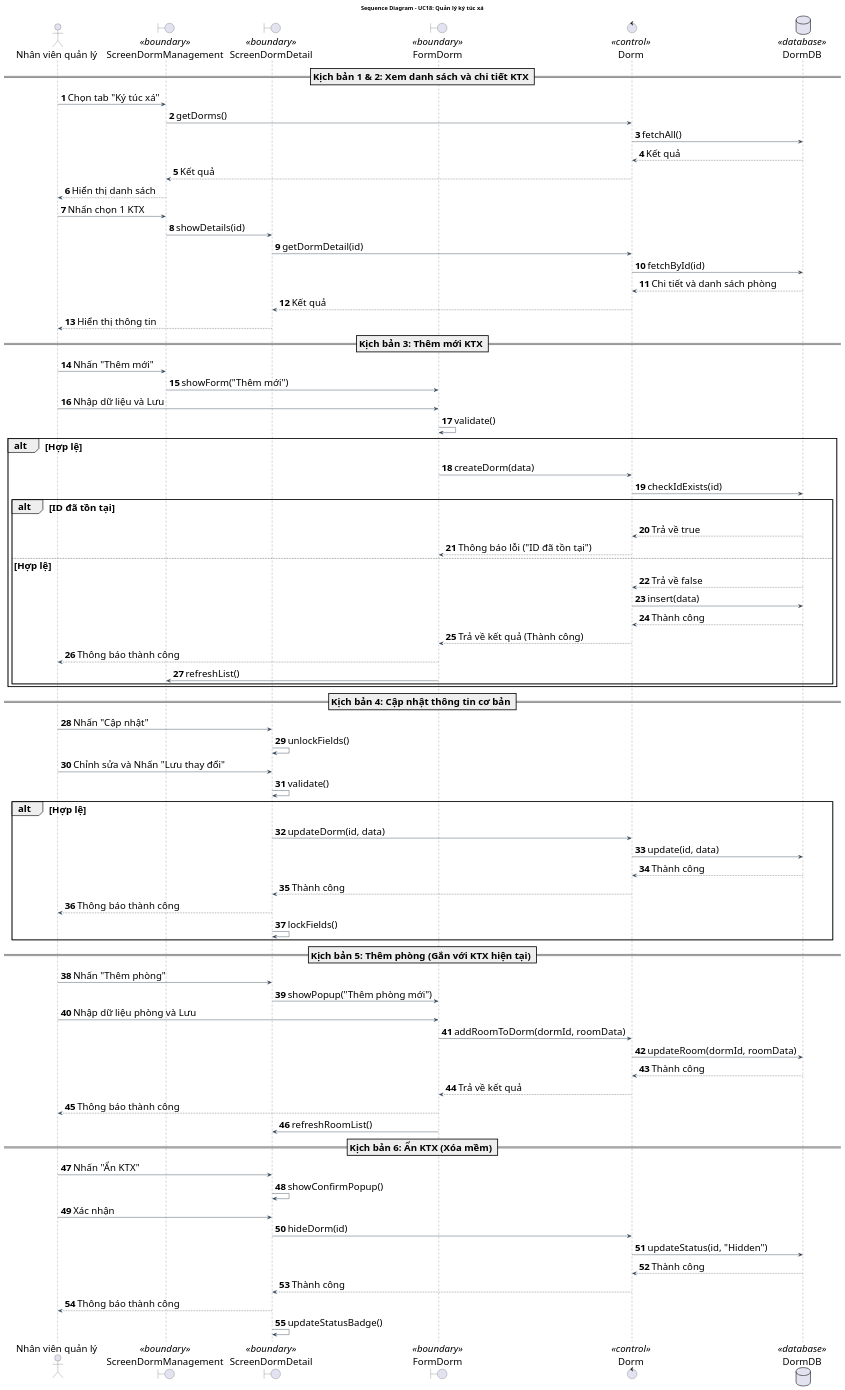
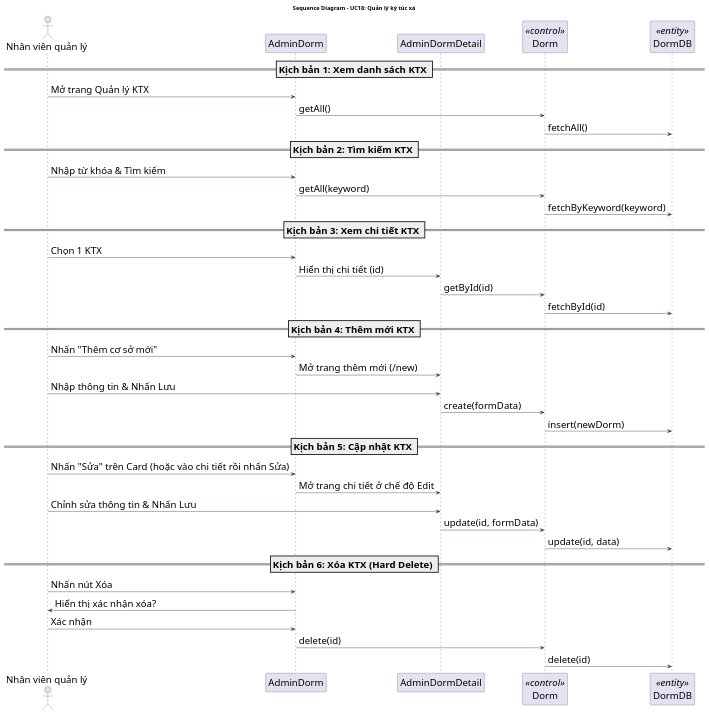
One commit to Gnourt812005/HCMUS-Analyze-and-desgin-IS changed the diagram in doc/system/quan_ly_ky_tuc_xa/QuanLyKyTucXa_SequenceDiagram.wsd. Above: the diagram before and after it, drawn with PlantUML. The commit also changed 11 other files, not shown here.

Commit message:
truong/code: dorm management in admin site

```diff
--- a/doc/system/quan_ly_ky_tuc_xa/QuanLyKyTucXa_SequenceDiagram.wsd
+++ b/doc/system/quan_ly_ky_tuc_xa/QuanLyKyTucXa_SequenceDiagram.wsd
@@ -1,100 +1,57 @@
 @startuml QuanLyKyTucXa_SequenceDiagram
 title Sequence Diagram - UC18: Quản lý ký túc xá
 
 ' --- STYLE CONFIGURATION ---
 skinparam {
     BackgroundColor White
     ArrowColor #2D3E50
     DefaultFontName "Arial"
     DefaultFontSize 24
     ParticipantPadding 20
     BoxPadding 10
 }
 
 actor "Nhân viên quản lý" as Actor
-boundary "ScreenDormManagement" as MainGUI <<boundary>>
-boundary "ScreenDormDetail" as DetailGUI <<boundary>>
-boundary "FormDorm" as FormGUI <<boundary>>
-control "Dorm" as BUS <<control>>
-database "DormDB" as DB <<database>>
+participant "AdminDorm" as MainGUI
+participant "AdminDormDetail" as DetailGUI
+participant "Dorm" as BUS <<control>>
+participant "DormDB" as DB <<entity>>
 
-autonumber
+== Kịch bản 1: Xem danh sách KTX ==
+Actor -> MainGUI: Mở trang Quản lý KTX
+MainGUI -> BUS: getAll()
+BUS -> DB: fetchAll()
 
-== Kịch bản 1 & 2: Xem danh sách và chi tiết KTX ==
-Actor -> MainGUI: Chọn tab "Ký túc xá"
-MainGUI -> BUS: getDorms()
-BUS -> DB: fetchAll()
-DB --> BUS: Kết quả
-BUS --> MainGUI: Kết quả
-MainGUI --> Actor: Hiển thị danh sách
+== Kịch bản 2: Tìm kiếm KTX ==
+Actor -> MainGUI: Nhập từ khóa & Tìm kiếm
+MainGUI -> BUS: getAll(keyword)
+BUS -> DB: fetchByKeyword(keyword)
 
-Actor -> MainGUI: Nhấn chọn 1 KTX
-MainGUI -> DetailGUI: showDetails(id)
-DetailGUI -> BUS: getDormDetail(id)
+== Kịch bản 3: Xem chi tiết KTX ==
+Actor -> MainGUI: Chọn 1 KTX
+MainGUI -> DetailGUI: Hiển thị chi tiết (id)
+DetailGUI -> BUS: getById(id)
 BUS -> DB: fetchById(id)
-DB --> BUS: Chi tiết và danh sách phòng
-BUS --> DetailGUI: Kết quả
-DetailGUI --> Actor: Hiển thị thông tin
 
-== Kịch bản 3: Thêm mới KTX ==
-Actor -> MainGUI: Nhấn "Thêm mới"
-MainGUI -> FormGUI: showForm("Thêm mới")
+== Kịch bản 4: Thêm mới KTX ==
+Actor -> MainGUI: Nhấn "Thêm cơ sở mới"
+MainGUI -> DetailGUI: Mở trang thêm mới (/new)
+Actor -> DetailGUI: Nhập thông tin & Nhấn Lưu
+DetailGUI -> BUS: create(formData)
+BUS -> DB: insert(newDorm)
 
-Actor -> FormGUI: Nhập dữ liệu và Lưu
-FormGUI -> FormGUI: validate()
-alt Hợp lệ
-    FormGUI -> BUS: createDorm(data)
-    BUS -> DB: checkIdExists(id)
-    alt ID đã tồn tại
-        DB --> BUS: Trả về true
-        BUS --> FormGUI: Thông báo lỗi ("ID đã tồn tại")
-    else Hợp lệ
-        DB --> BUS: Trả về false
-        BUS -> DB: insert(data)
-        DB --> BUS: Thành công
-        BUS --> FormGUI: Trả về kết quả (Thành công)
-        FormGUI --> Actor: Thông báo thành công
-        FormGUI -> MainGUI: refreshList()
-    end
-end
+== Kịch bản 5: Cập nhật KTX ==
+Actor -> MainGUI: Nhấn "Sửa" trên Card (hoặc vào chi tiết rồi nhấn Sửa)
+MainGUI -> DetailGUI: Mở trang chi tiết ở chế độ Edit
+Actor -> DetailGUI: Chỉnh sửa thông tin & Nhấn Lưu
+DetailGUI -> BUS: update(id, formData)
+BUS -> DB: update(id, data)
 
-== Kịch bản 4: Cập nhật thông tin cơ bản ==
-Actor -> DetailGUI: Nhấn "Cập nhật"
-DetailGUI -> DetailGUI: unlockFields()
-
-Actor -> DetailGUI: Chỉnh sửa và Nhấn "Lưu thay đổi"
-DetailGUI -> DetailGUI: validate()
-
-alt Hợp lệ
-    DetailGUI -> BUS: updateDorm(id, data)
-    BUS -> DB: update(id, data)
-    DB --> BUS: Thành công
-    BUS --> DetailGUI: Thành công
-    DetailGUI --> Actor: Thông báo thành công
-    DetailGUI -> DetailGUI: lockFields()
-end
-
-== Kịch bản 5: Thêm phòng (Gắn với KTX hiện tại) ==
-Actor -> DetailGUI: Nhấn "Thêm phòng"
-DetailGUI -> FormGUI: showPopup("Thêm phòng mới")
-
-Actor -> FormGUI: Nhập dữ liệu phòng và Lưu
-FormGUI -> BUS: addRoomToDorm(dormId, roomData)
-BUS -> DB: updateRoom(dormId, roomData)
-DB --> BUS: Thành công
-BUS --> FormGUI: Trả về kết quả
-FormGUI --> Actor: Thông báo thành công
-FormGUI -> DetailGUI: refreshRoomList()
-
-== Kịch bản 6: Ẩn KTX (Xóa mềm) ==
-Actor -> DetailGUI: Nhấn "Ẩn KTX"
-DetailGUI -> DetailGUI: showConfirmPopup()
-Actor -> DetailGUI: Xác nhận
-DetailGUI -> BUS: hideDorm(id)
-BUS -> DB: updateStatus(id, "Hidden")
-DB --> BUS: Thành công
-BUS --> DetailGUI: Thành công
-DetailGUI --> Actor: Thông báo thành công
-DetailGUI -> DetailGUI: updateStatusBadge()
+== Kịch bản 6: Xóa KTX (Hard Delete) ==
+Actor -> MainGUI: Nhấn nút Xóa
+MainGUI -> Actor: Hiển thị xác nhận xóa?
+Actor -> MainGUI: Xác nhận
+MainGUI -> BUS: delete(id)
+BUS -> DB: delete(id)
 
 @enduml
```
